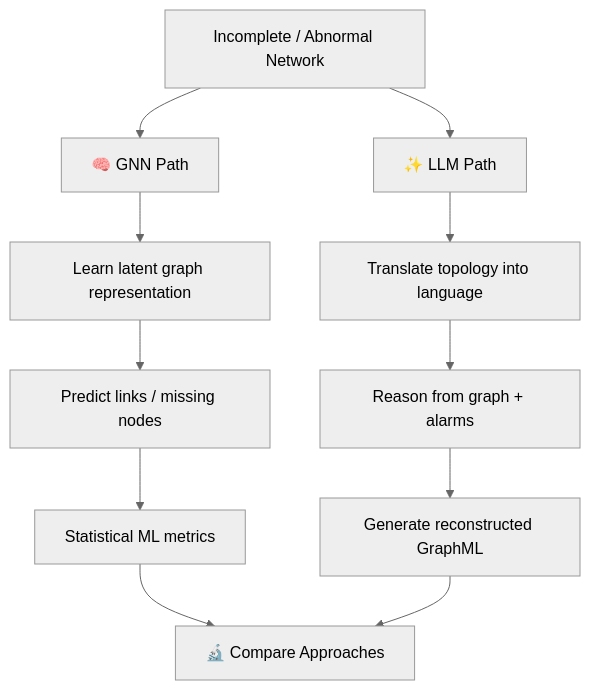
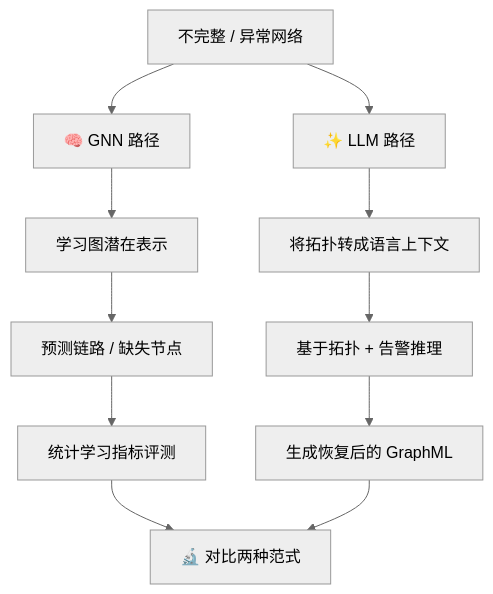
Before and after one commit to Xu0225/GNN_LLM_EXP: the fourth of 4 diagrams in readme.md, drawn with Mermaid (neutral theme). The commit also changed other lines of this file, not shown here.

```diff
--- a/readme.md
+++ b/readme.md
@@ -573,18 +597,18 @@
 ~~~mermaid
 flowchart TB
-    P["Incomplete / Abnormal Network"]
+    P["不完整 / 异常网络"]
 
-    P --> G["🧠 GNN Path"]
-    P --> L["✨ LLM Path"]
+    P --> G["🧠 GNN 路径"]
+    P --> L["✨ LLM 路径"]
 
-    G --> G1["Learn latent graph representation"]
-    G1 --> G2["Predict links / missing nodes"]
-    G2 --> G3["Statistical ML metrics"]
+    G --> G1["学习图潜在表示"]
+    G1 --> G2["预测链路 / 缺失节点"]
+    G2 --> G3["统计学习指标评测"]
 
-    L --> L1["Translate topology into language"]
-    L1 --> L2["Reason from graph + alarms"]
-    L2 --> L3["Generate reconstructed GraphML"]
+    L --> L1["将拓扑转成语言上下文"]
+    L1 --> L2["基于拓扑 + 告警推理"]
+    L2 --> L3["生成恢复后的 GraphML"]
 
-    G3 --> C["🔬 Compare Approaches"]
+    G3 --> C["🔬 对比两种范式"]
     L3 --> C
 ~~~
```
